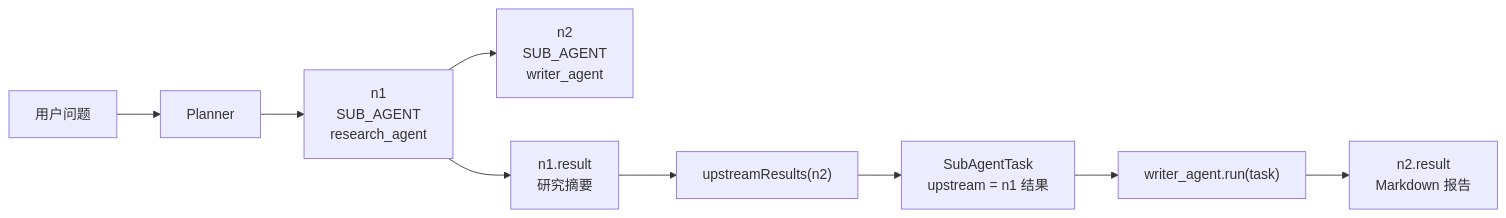
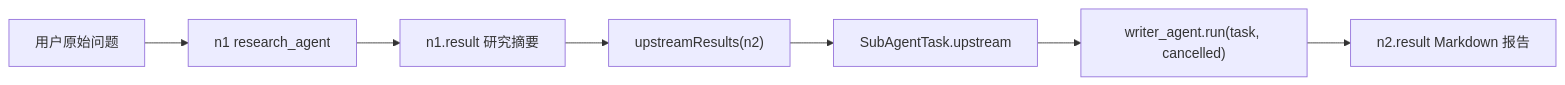
Before and after one commit to 255308153/AGI-saber: the diagram in AGI-saber-tutorial/03-工具调用与ReAct系统/01-完整教学版/29-GraphRuntime-invoke.md, drawn with Mermaid. The commit also changed other lines of this file and 6 other files, not shown here.

````diff
--- a/AGI-saber-tutorial/03-工具调用与ReAct系统/01-完整教学版/29-GraphRuntime-invoke.md
+++ b/AGI-saber-tutorial/03-工具调用与ReAct系统/01-完整教学版/29-GraphRuntime-invoke.md
@@ -731,12 +1362,9 @@
 ```mermaid
 flowchart LR
-    Q["用户问题"] --> P["Planner"]
-    P --> N1["n1<br/>SUB_AGENT<br/>research_agent"]
-    N1 --> N2["n2<br/>SUB_AGENT<br/>writer_agent"]
-
-    N1 --> R1["n1.result<br/>研究摘要"]
+    Q["用户原始问题"] --> N1["n1 research_agent"]
+    N1 --> R1["n1.result 研究摘要"]
     R1 --> U["upstreamResults(n2)"]
-    U --> T["SubAgentTask<br/>upstream = n1 结果"]
-    T --> W["writer_agent.run(task)"]
-    W --> R2["n2.result<br/>Markdown 报告"]
+    U --> T["SubAgentTask.upstream"]
+    T --> W["writer_agent.run(task, cancelled)"]
+    W --> R2["n2.result Markdown 报告"]
 ```
````
